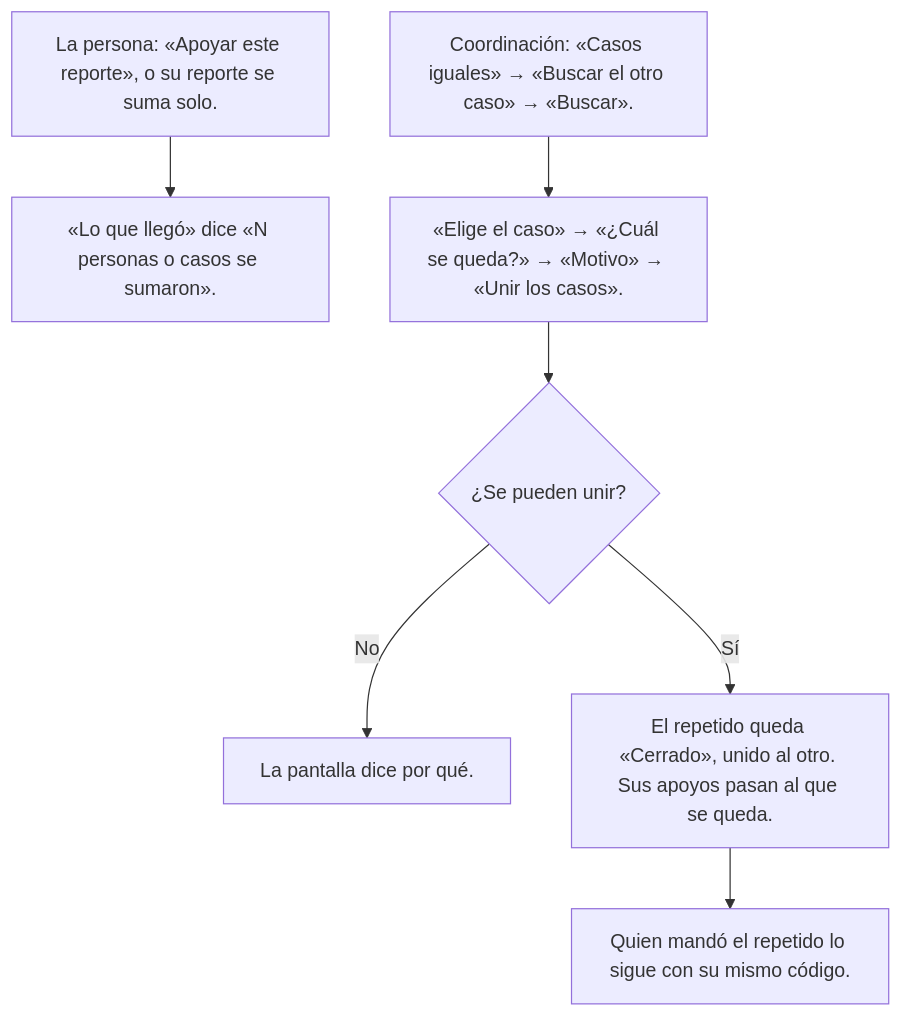
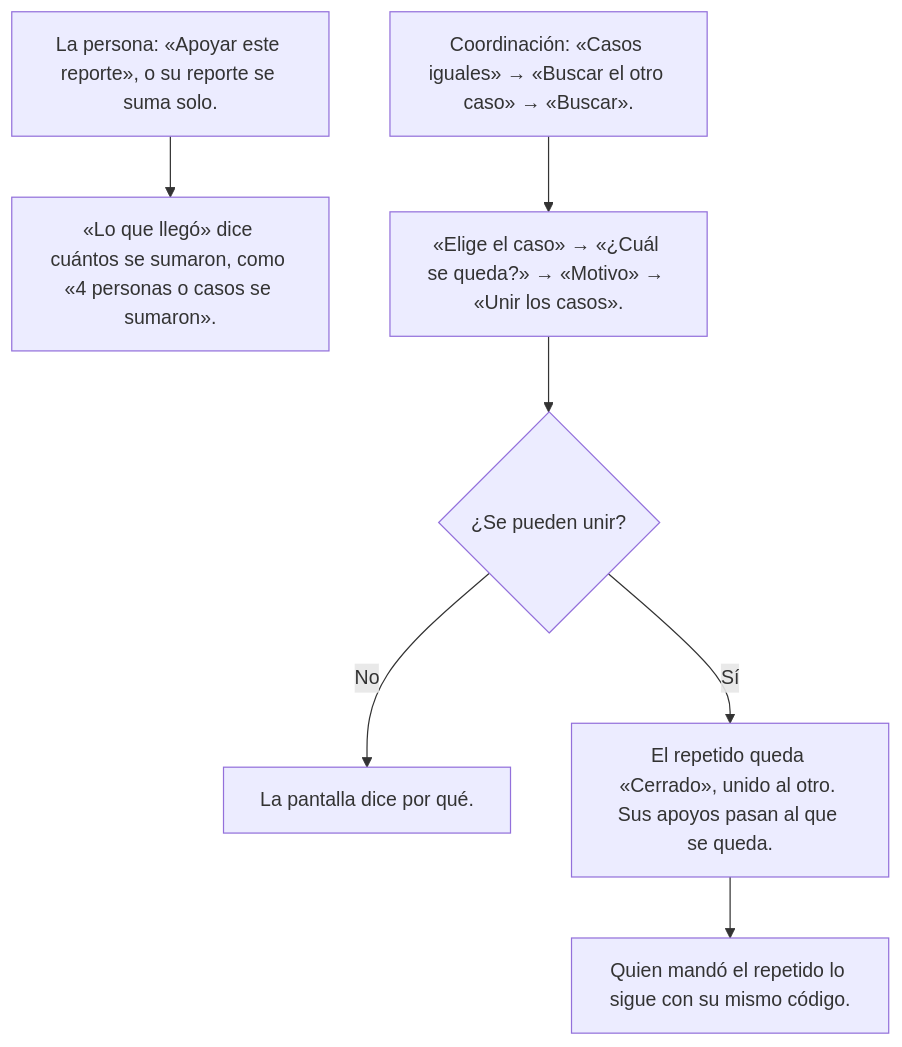
The seventh of 18 diagrams in app-freddy-bernal/docs/FLUJOS-WEB.md (fbvenezuela/Gestionapp), drawn with Mermaid before and after one commit. The commit also changed other lines of this file and 5 other files, not shown here.

````diff
--- a/app-freddy-bernal/docs/FLUJOS-WEB.md
+++ b/app-freddy-bernal/docs/FLUJOS-WEB.md
@@ -200,11 +200,11 @@
 ```mermaid
 flowchart TD
   iguales_apoyo["La persona: «Apoyar este reporte», o su reporte se suma solo."]
-  iguales_apoyo --> iguales_cuenta["«Lo que llegó» dice «N personas o casos se sumaron»."]
+  iguales_apoyo --> iguales_cuenta["«Lo que llegó» dice cuántos se sumaron, como «4 personas o casos se sumaron»."]
   iguales_busca["Coordinación: «Casos iguales» → «Buscar el otro caso» → «Buscar»."]
   iguales_busca --> iguales_elige["«Elige el caso» → «¿Cuál se queda?» → «Motivo» → «Unir los casos»."]
   iguales_elige --> iguales_q{"¿Se pueden unir?"}
   iguales_q -- No --> iguales_no["La pantalla dice por qué."]
   iguales_q -- Sí --> iguales_une["El repetido queda «Cerrado», unido al otro. Sus apoyos pasan al que se queda."]
   iguales_une --> iguales_sigue["Quien mandó el repetido lo sigue con su mismo código."]
 ```
````
